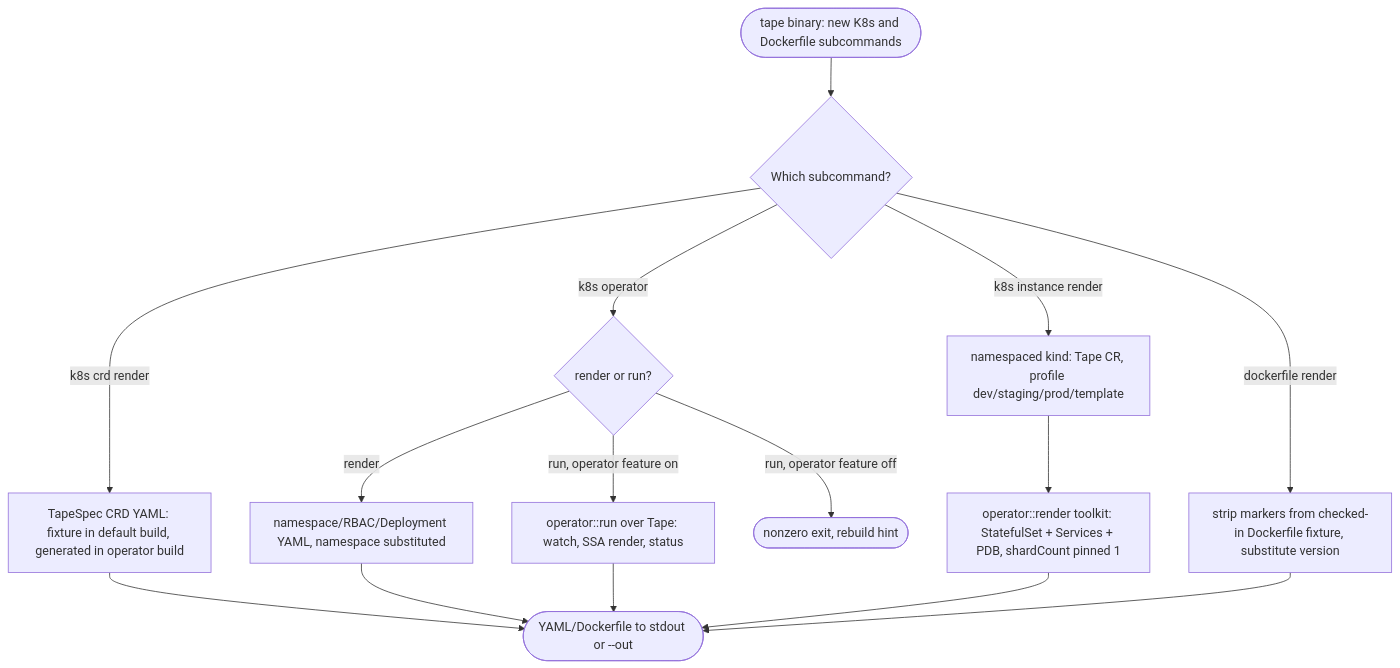
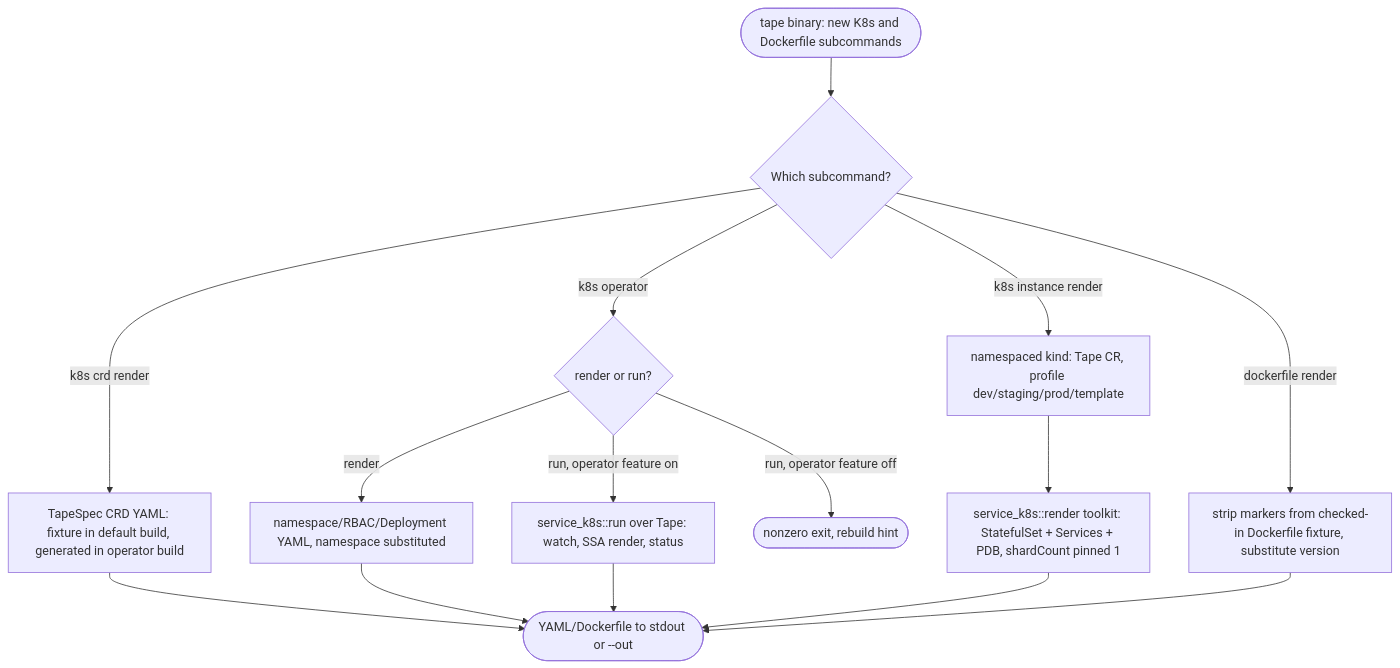
The first of 2 diagrams in apps/tape/tech-design/logic/tape-operator-k8s-dockerfile-cli.md (chrischeng-c4/axiom), drawn with Mermaid before and after one commit. The commit also changed other lines of this file and 175 other files, not shown here.

First line of the commit message:
refactor(libs): finish semantic service substrate convergence

````diff
--- a/apps/tape/tech-design/logic/tape-operator-k8s-dockerfile-cli.md
+++ b/apps/tape/tech-design/logic/tape-operator-k8s-dockerfile-cli.md
@@ -32,70 +32,70 @@
 ```mermaid
 ---
 id: tape-operator-k8s-dockerfile-flow
 entry: cli
 nodes:
   cli:
     kind: start
     label: "tape binary gains new top-level subcommands alongside the existing Append/Replay/Checkpoint/Serve/Spec/Llm/Upgrade/Issue: K8s(crd|operator|instance) and Dockerfile(render)"
   route:
     kind: decision
     label: "Which subcommand?"
   crd:
     kind: process
     label: "tape k8s crd render: emits the TapeSpec CustomResourceDefinition YAML (default build: checked-in fixture via include_str!; --features operator: generated live from TapeSpec::crd() + Kubernetes structural-schema uint normalization)"
   opgate:
     kind: decision
     label: "tape k8s operator <render|run>: render is always offline (checked-in RBAC/Deployment fixtures, namespace-substituted); run needs --features operator"
   oprender:
     kind: process
     label: "operator render: namespace/ServiceAccount/ClusterRole/ClusterRoleBinding/Deployment YAML with namespace substituted"
   oprun_ok:
     kind: process
-    label: "operator build: run drives the shared libs/operator controller (operator::run::<Tape>()) -- watches Tape CRs cluster-wide, server-side-applies render() output, writes status via ManagedService"
+    label: "operator build: run drives the shared libs/service-k8s controller (service_k8s::run::<Tape>()) -- watches Tape CRs cluster-wide, server-side-applies render() output, writes status via ManagedService"
   oprun_fail:
     kind: terminal
     label: "default build: run exits nonzero with a rebuild-with --features operator hint"
   instance:
     kind: process
     label: "tape k8s instance render --profile dev|staging|prod|template: renders a namespaced kind: Tape CR; prod pins shardCount=1, replicasPerShard=3, voterCount=3, auth=required, tokensSecret set (tape is a single raft group -- Primary Replicas capability)"
   render_children:
     kind: process
-    label: "operator::render toolkit (feature-gated): ServiceAccount + sharded_statefulset (shardCount pinned 1, /data PVC for raft hard state + applied-index marker, TAPE_BIND/TAPE_DATA_DIR/TAPE_GRACE_SECS env, opt-in TAPE_AUTH/TAPE_TOKEN_REGISTRY_FILE Secret mount) + headless/client Services + PDB, hardened with /healthz /readyz probes and a nonroot security context"
+    label: "service_k8s::render toolkit (feature-gated): ServiceAccount + sharded_statefulset (shardCount pinned 1, /data PVC for raft hard state + applied-index marker, TAPE_BIND/TAPE_DATA_DIR/TAPE_GRACE_SECS env, opt-in TAPE_AUTH/TAPE_TOKEN_REGISTRY_FILE Secret mount) + headless/client Services + PDB, hardened with /healthz /readyz probes and a nonroot security context"
   dockerfile:
     kind: process
     label: "tape dockerfile render --variant source|release [--version] [--out]: strips ownership markers from the checked-in Dockerfile / Dockerfile.release fixture (include_str!) and substitutes the release ARG/tag when --version is given -- render is the in-binary form of the fixture, byte-identical by construction"
   done:
     kind: terminal
     label: "YAML/Dockerfile text written to --out or stdout; no server, no cluster I/O outside operator run"
 edges:
   - { from: cli, to: route }
   - { from: route, to: crd, label: "k8s crd render" }
   - { from: route, to: opgate, label: "k8s operator" }
   - { from: route, to: instance, label: "k8s instance render" }
   - { from: route, to: dockerfile, label: "dockerfile render" }
   - { from: opgate, to: oprender, label: "render" }
   - { from: opgate, to: oprun_ok, label: "run, operator feature on" }
   - { from: opgate, to: oprun_fail, label: "run, operator feature off" }
   - { from: instance, to: render_children, label: "operator build reconciles the rendered CR" }
   - { from: crd, to: done }
   - { from: oprender, to: done }
   - { from: oprun_ok, to: done }
   - { from: render_children, to: done }
   - { from: dockerfile, to: done }
 ---
 flowchart TD
     cli([tape binary: new K8s and Dockerfile subcommands]) --> route{Which subcommand?}
     route -->|k8s crd render| crd[TapeSpec CRD YAML: fixture in default build, generated in operator build]
     route -->|k8s operator| opgate{render or run?}
     route -->|k8s instance render| instance[namespaced kind: Tape CR, profile dev/staging/prod/template]
     route -->|dockerfile render| dockerfile[strip markers from checked-in Dockerfile fixture, substitute version]
     opgate -->|render| oprender[namespace/RBAC/Deployment YAML, namespace substituted]
-    opgate -->|run, operator feature on| oprun_ok[operator::run over Tape: watch, SSA render, status]
+    opgate -->|run, operator feature on| oprun_ok[service_k8s::run over Tape: watch, SSA render, status]
     opgate -->|run, operator feature off| oprun_fail([nonzero exit, rebuild hint])
-    instance --> render_children[operator::render toolkit: StatefulSet + Services + PDB, shardCount pinned 1]
+    instance --> render_children[service_k8s::render toolkit: StatefulSet + Services + PDB, shardCount pinned 1]
     crd --> done([YAML/Dockerfile to stdout or --out])
     oprender --> done
     oprun_ok --> done
     render_children --> done
     dockerfile --> done
 ```
````
